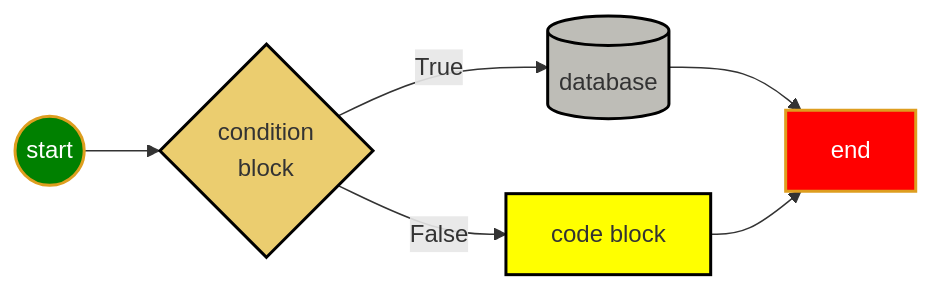
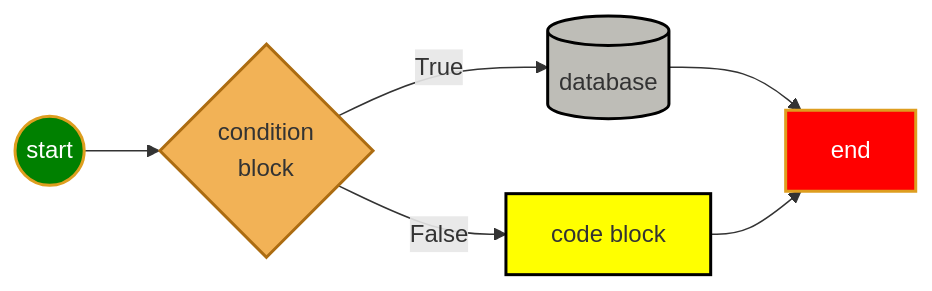
Before and after one commit to jwang1122/java: the diagram in doc/myIcons.md, drawn with Mermaid. The commit also changed other lines of this file and 31 other files, not shown here.

````diff
--- a/doc/myIcons.md
+++ b/doc/myIcons.md
@@ -48,25 +56,25 @@
 ```mermaid
 graph LR
 START((start))
 B[code block]
 END[end]
 IF{condition<br> block}
 DB[(database)]
 
 START-->IF
 IF--True-->DB-->END
 IF--False-->B-->END
 
 classDef html fill:#F46624,stroke:#F46624,stroke-width:4px,color:white;
+classDef start fill:green,stroke:#DE9E1F,stroke-width:2px,color:white;
+classDef if fill:#F2B256,stroke:#AC6C11,stroke-width:2px;
+classDef end1 fill:red,stroke:#DE9E1F,stroke-width:2px,color:white;
 classDef js fill:yellow,stroke:black,stroke-width:2px;
-classDef if fill:#EBCD6F,stroke:black,stroke-width:2px;
 classDef db fill:#BEBDB7,stroke:black,stroke-width:2px;
-classDef start fill:green,stroke:#DE9E1F,stroke-width:2px,color:white;
-classDef end1 fill:red,stroke:#DE9E1F,stroke-width:2px,color:white;
 
 class START start
 class B,D,E js
 class IF if
 class DB db
 class END end1
 ```
````
